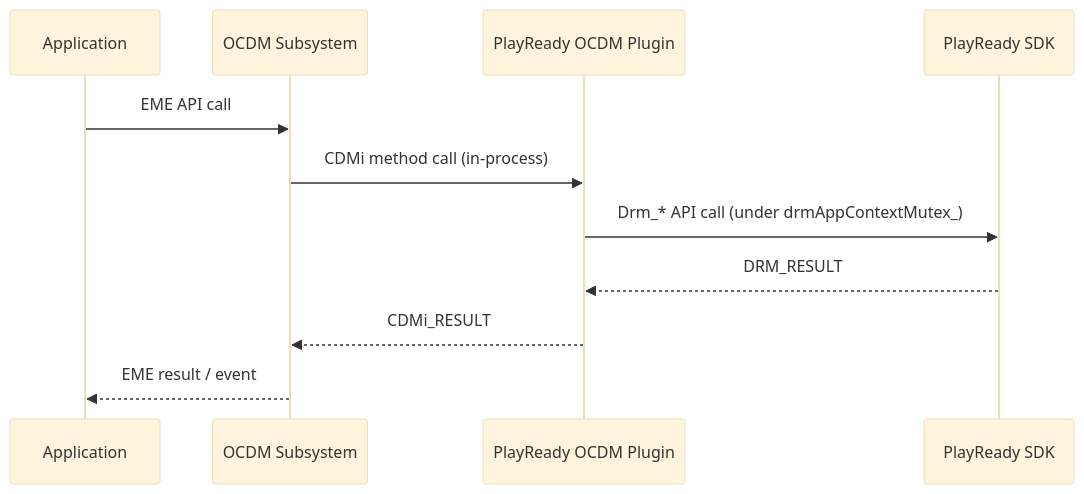
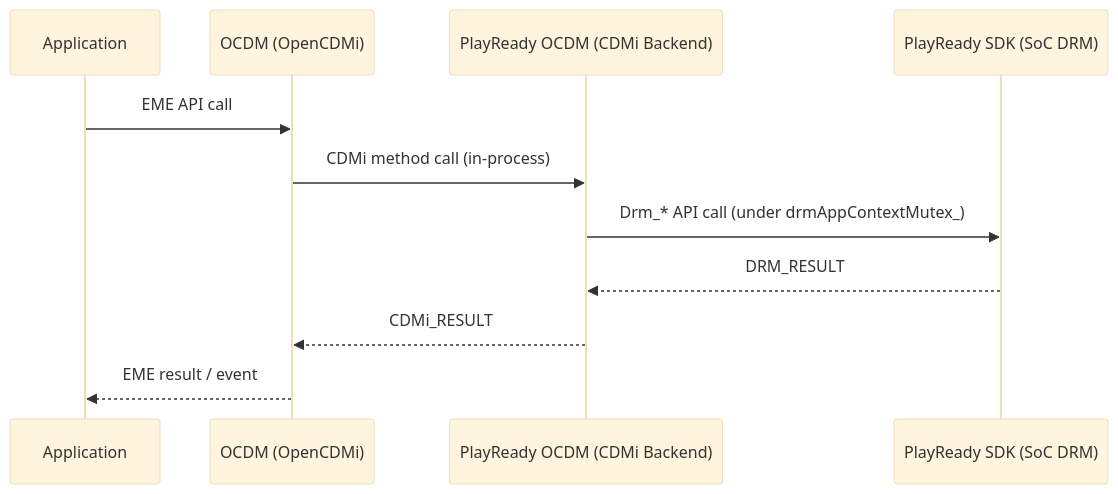
Before and after one commit to rdkcentral/playready-rdk: the seventh of 8 diagrams in docs/README.md, drawn with Mermaid (base theme). The commit also changed other lines of this file, not shown here.

````diff
--- a/docs/README.md
+++ b/docs/README.md
@@ -342,14 +346,14 @@
 ```mermaid
 sequenceDiagram
     participant App as Application
-    participant OCDM as OCDM Subsystem
-    participant PR as PlayReady OCDM Plugin
-    participant PRSDK as PlayReady SDK
+    participant OCDM as OCDM (OpenCDMi)
+    participant PR as PlayReady OCDM (CDMi Backend)
+    participant PRSDK as PlayReady SDK (SoC DRM)
 
     App->>OCDM: EME API call
     OCDM->>PR: CDMi method call (in-process)
     PR->>PRSDK: Drm_* API call (under drmAppContextMutex_)
     PRSDK-->>PR: DRM_RESULT
     PR-->>OCDM: CDMi_RESULT
     OCDM-->>App: EME result / event
 ```
````
